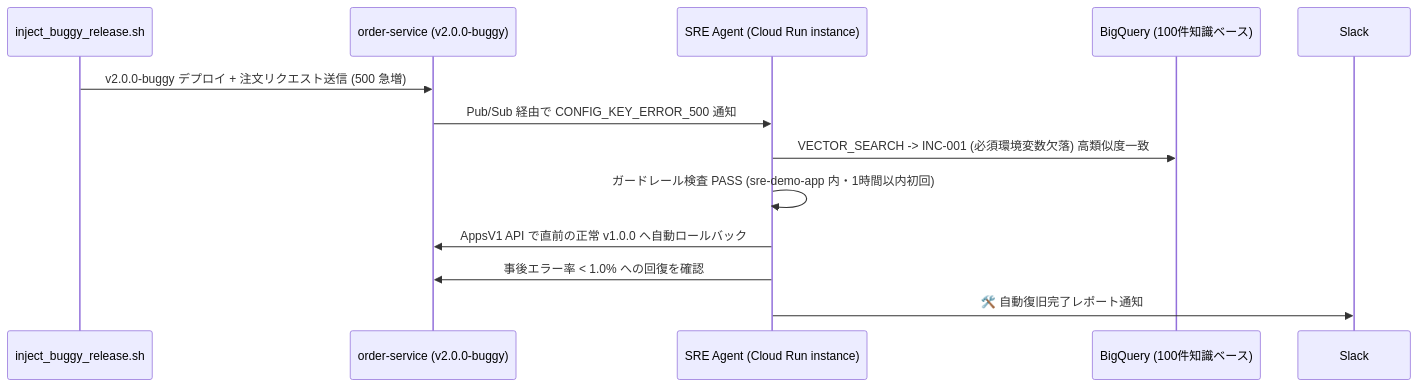
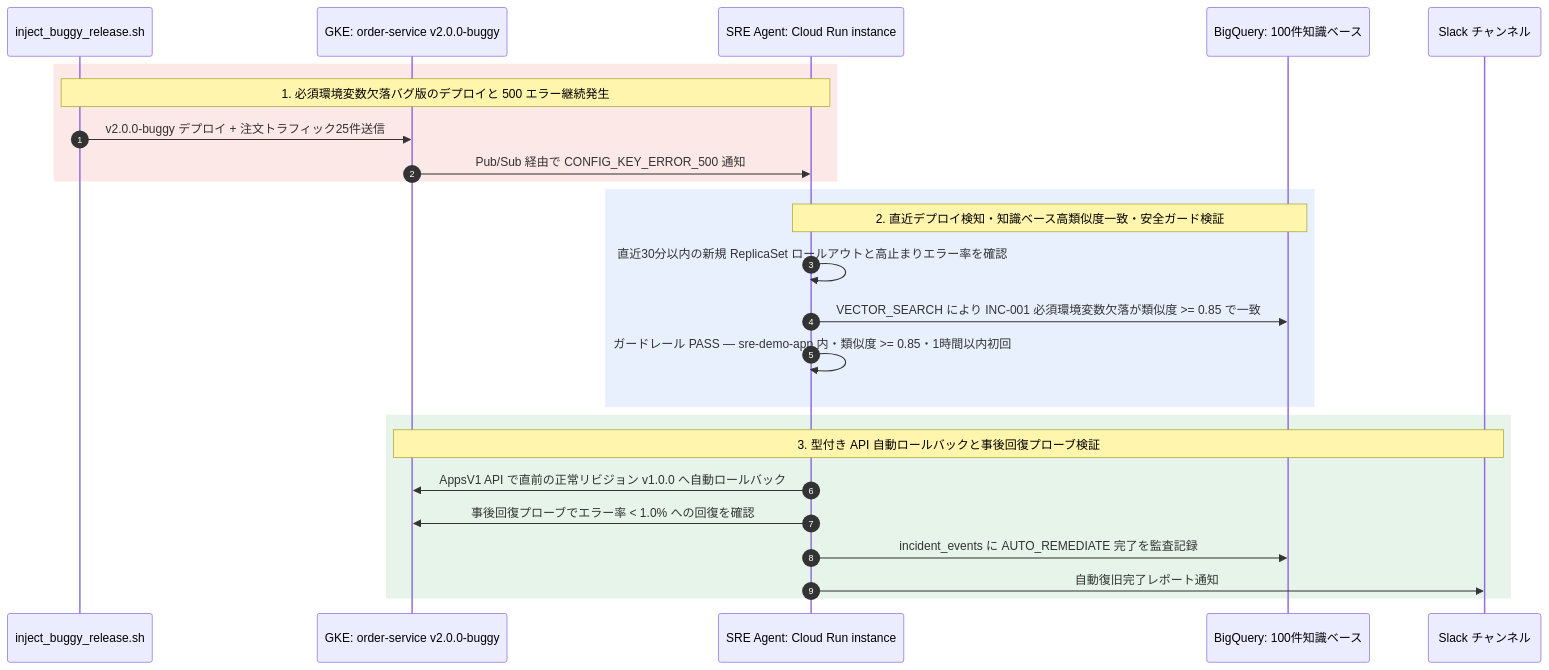
One commit to tyorikan/agentic-sre-handson changed the third of 4 diagrams in docs/05-deploy-cloud-run-instance-and-drills.md. Above: the diagram before and after it, drawn with Mermaid. The commit also changed other lines of this file and 26 other files, not shown here.

Commit message:
docs: プロダクトアイコン付き構成図・シーケンス図 PNG (全19図) の追加と折りたたみ Mermaid 定義の精緻化

````diff
--- a/docs/05-deploy-cloud-run-instance-and-drills.md
+++ b/docs/05-deploy-cloud-run-instance-and-drills.md
@@ -153,16 +194,30 @@
 ```mermaid
 sequenceDiagram
+    autonumber
     participant Script as inject_buggy_release.sh
-    participant GKE as order-service (v2.0.0-buggy)
-    participant Agent as SRE Agent (Cloud Run instance)
-    participant BQ as BigQuery (100件知識ベース)
-    participant Slack as Slack
+    participant GKE as GKE: order-service v2.0.0-buggy
+    participant Agent as SRE Agent: Cloud Run instance
+    participant BQ as BigQuery: 100件知識ベース
+    participant Slack as Slack チャンネル
 
-    Script->>GKE: v2.0.0-buggy デプロイ + 注文リクエスト送信 (500 急増)
-    GKE->>Agent: Pub/Sub 経由で CONFIG_KEY_ERROR_500 通知
-    Agent->>BQ: VECTOR_SEARCH -> INC-001 (必須環境変数欠落) 高類似度一致
-    Agent->>Agent: ガードレール検査 PASS (sre-demo-app 内・1時間以内初回)
-    Agent->>GKE: AppsV1 API で直前の正常 v1.0.0 へ自動ロールバック
-    Agent->>GKE: 事後エラー率 < 1.0% への回復を確認
-    Agent->>Slack: 🛠️ 自動復旧完了レポート通知
+    rect rgb(252, 232, 230)
+        Note over Script,Agent: 1. 必須環境変数欠落バグ版のデプロイと 500 エラー継続発生
+        Script->>GKE: v2.0.0-buggy デプロイ + 注文トラフィック25件送信
+        GKE->>Agent: Pub/Sub 経由で CONFIG_KEY_ERROR_500 通知
+    end
+
+    rect rgb(232, 240, 254)
+        Note over Agent,BQ: 2. 直近デプロイ検知・知識ベース高類似度一致・安全ガード検証
+        Agent->>Agent: 直近30分以内の新規 ReplicaSet ロールアウトと高止まりエラー率を確認
+        Agent->>BQ: VECTOR_SEARCH により INC-001 必須環境変数欠落が類似度 >= 0.85 で一致
+        Agent->>Agent: ガードレール PASS — sre-demo-app 内・類似度 >= 0.85・1時間以内初回
+    end
+
+    rect rgb(230, 244, 234)
+        Note over GKE,Slack: 3. 型付き API 自動ロールバックと事後回復プローブ検証
+        Agent->>GKE: AppsV1 API で直前の正常リビジョン v1.0.0 へ自動ロールバック
+        Agent->>GKE: 事後回復プローブでエラー率 < 1.0% への回復を確認
+        Agent->>BQ: incident_events に AUTO_REMEDIATE 完了を監査記録
+        Agent->>Slack: 自動復旧完了レポート通知
+    end
 ```
````
